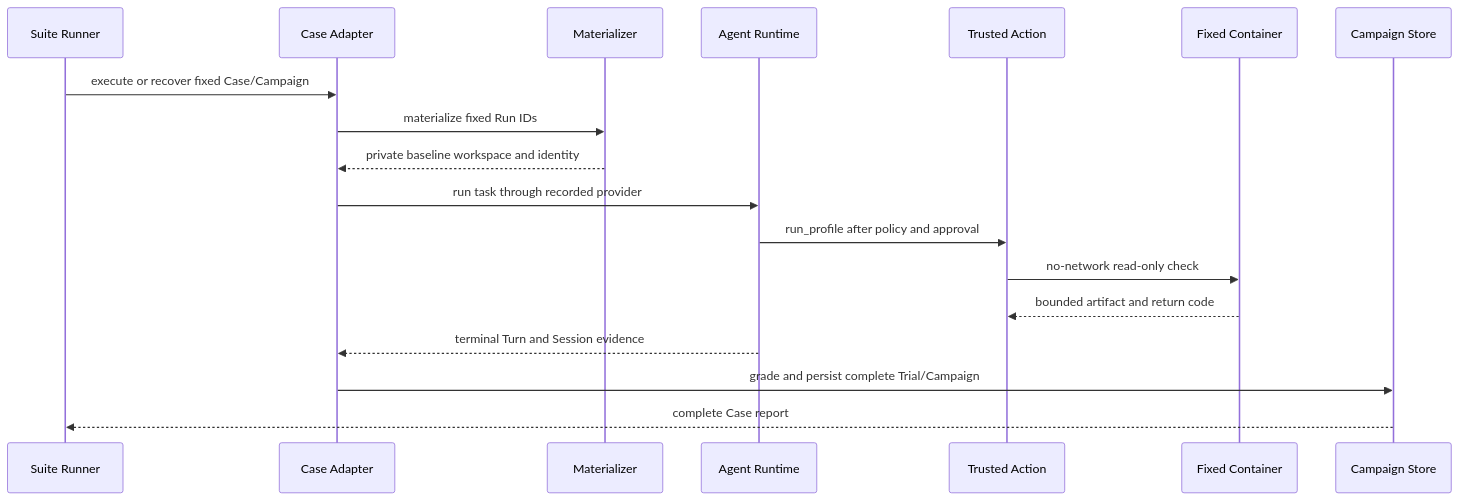
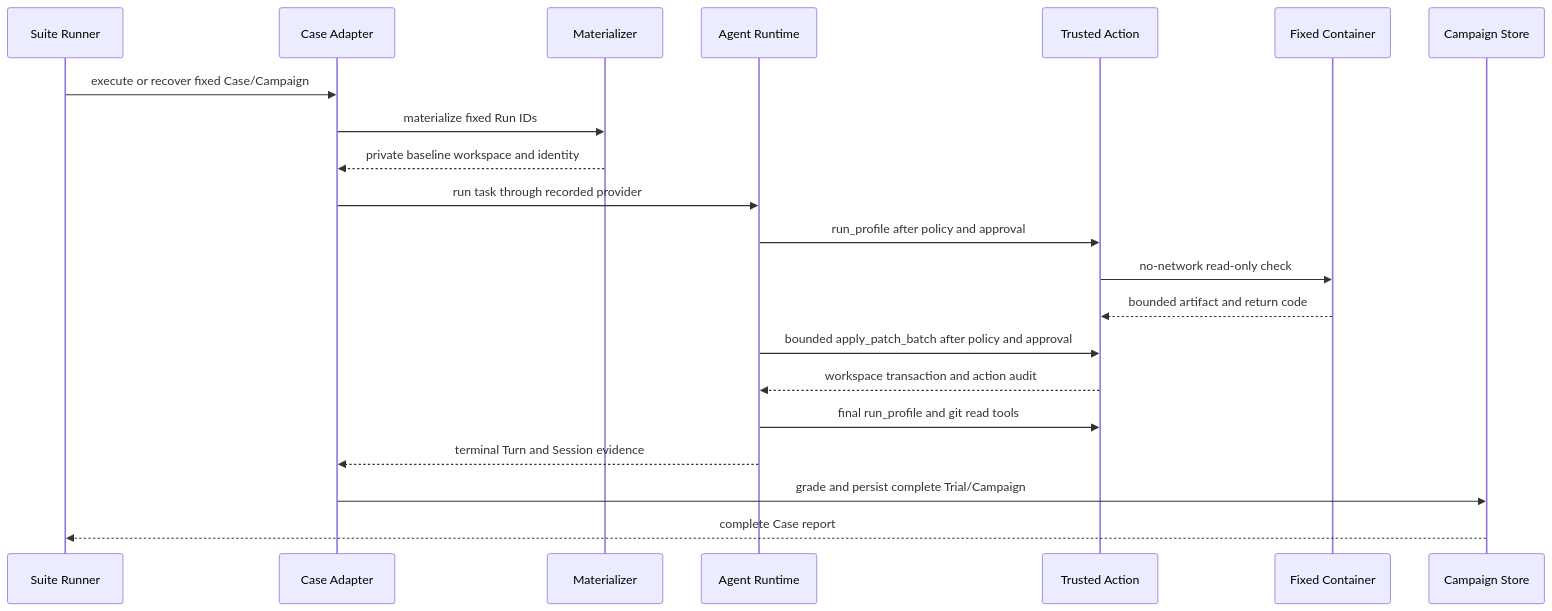
Before and after one commit to carrie1988/Harnessix: the third of 7 diagrams in docs/changes/m09-2d-multi-repository-offline-baseline.md, drawn with Mermaid. The commit also changed other lines of this file and 18 other files, not shown here.

````diff
--- a/docs/changes/m09-2d-multi-repository-offline-baseline.md
+++ b/docs/changes/m09-2d-multi-repository-offline-baseline.md
@@ -162,20 +166,23 @@
 ```mermaid
 sequenceDiagram
     participant S as Suite Runner
     participant A as Case Adapter
     participant M as Materializer
     participant R as Agent Runtime
     participant T as Trusted Action
     participant C as Fixed Container
     participant P as Campaign Store
     S->>A: execute or recover fixed Case/Campaign
     A->>M: materialize fixed Run IDs
     M-->>A: private baseline workspace and identity
     A->>R: run task through recorded provider
     R->>T: run_profile after policy and approval
     T->>C: no-network read-only check
     C-->>T: bounded artifact and return code
+    R->>T: bounded apply_patch_batch after policy and approval
+    T-->>R: workspace transaction and action audit
+    R->>T: final run_profile and git read tools
     R-->>A: terminal Turn and Session evidence
     A->>P: grade and persist complete Trial/Campaign
     P-->>S: complete Case report
 ```
````
